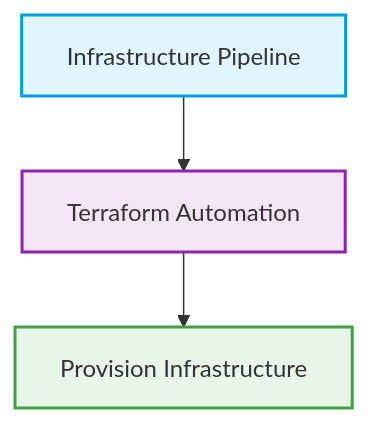
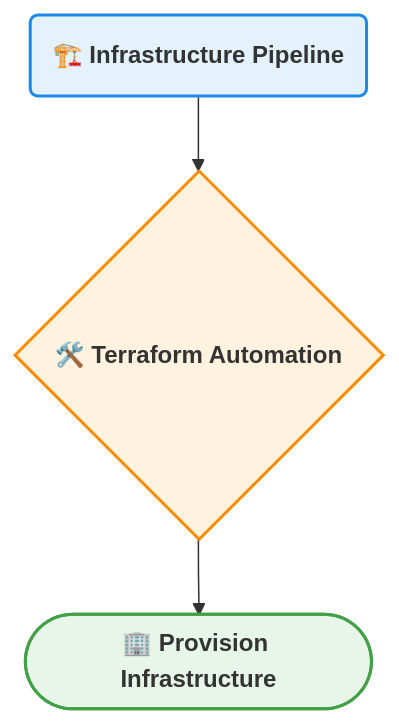
Before and after one commit to maratinikhil/Pipeline-Documentation: the third of 6 diagrams in README.md, drawn with Mermaid. The commit also changed other lines of this file, not shown here.

````diff
--- a/README.md
+++ b/README.md
@@ -97,9 +106,17 @@
 ```mermaid
 graph TD
-    A[Infrastructure Pipeline] --> B[Terraform Automation]
-    B --> C[Provision Infrastructure]
+    %% Defining the Nodes with descriptive shapes and emojis
+    A(🏗️ Infrastructure Pipeline) --> B{🛠️ Terraform Automation}
+    B --> C([🏢 Provision Infrastructure])
 
-    style A fill:#e1f5fe,stroke:#039be5,stroke-width:2px
-    style B fill:#f3e5f5,stroke:#8e24aa,stroke-width:2px
-    style C fill:#e8f5e9,stroke:#43a047,stroke-width:2px
+    %% Modern Class Definitions for cleaner styling
+    classDef default font-family:sans-serif,font-weight:bold,color:#333;
+    classDef pipeline fill:#e3f2fd,stroke:#1e88e5,stroke-width:2px;
+    classDef tool fill:#fff3e0,stroke:#fb8c00,stroke-width:2px;
+    classDef output fill:#e8f5e9,stroke:#43a047,stroke-width:2px;
+
+    %% Applying the styles to the nodes
+    class A pipeline;
+    class B tool;
+    class C output;
 ```
````
